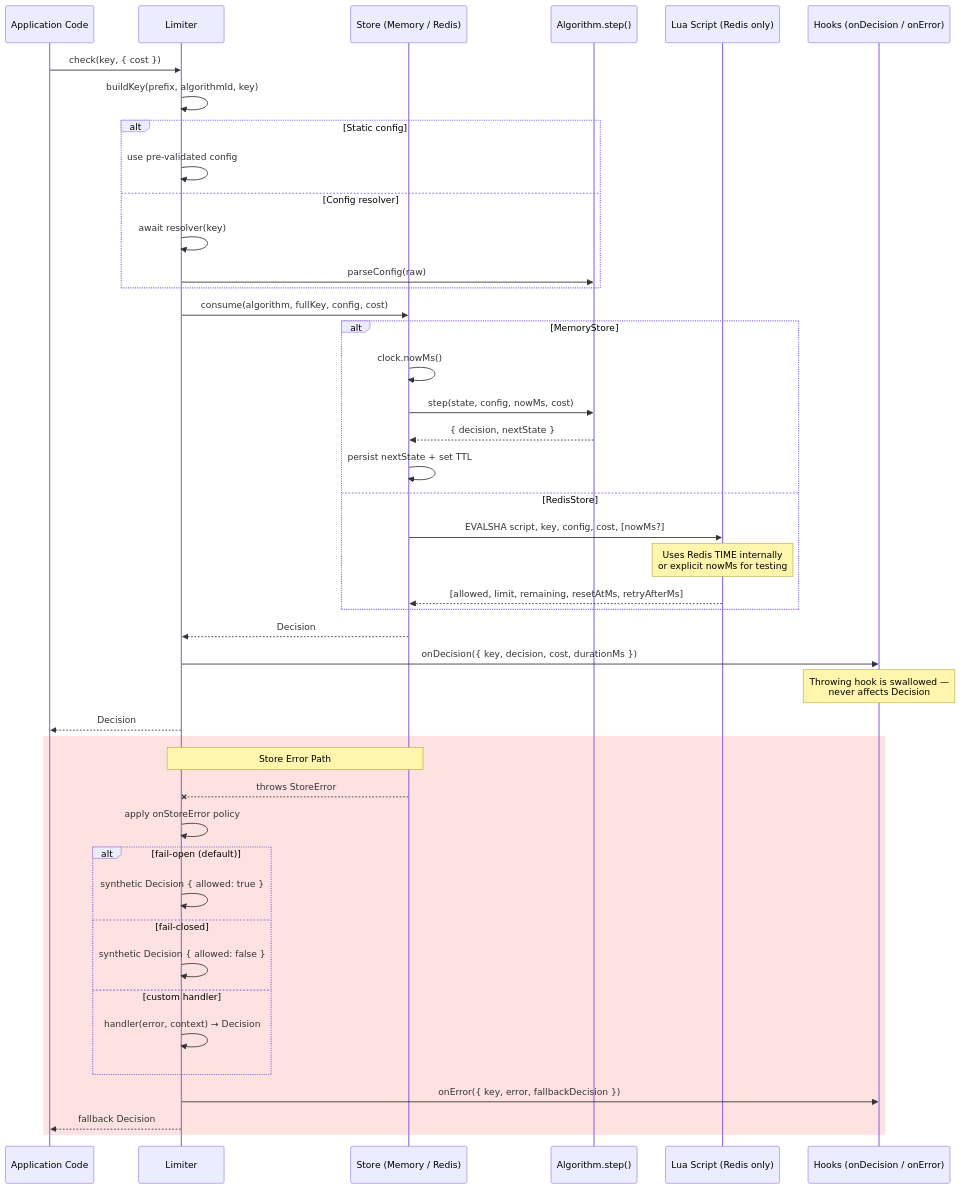
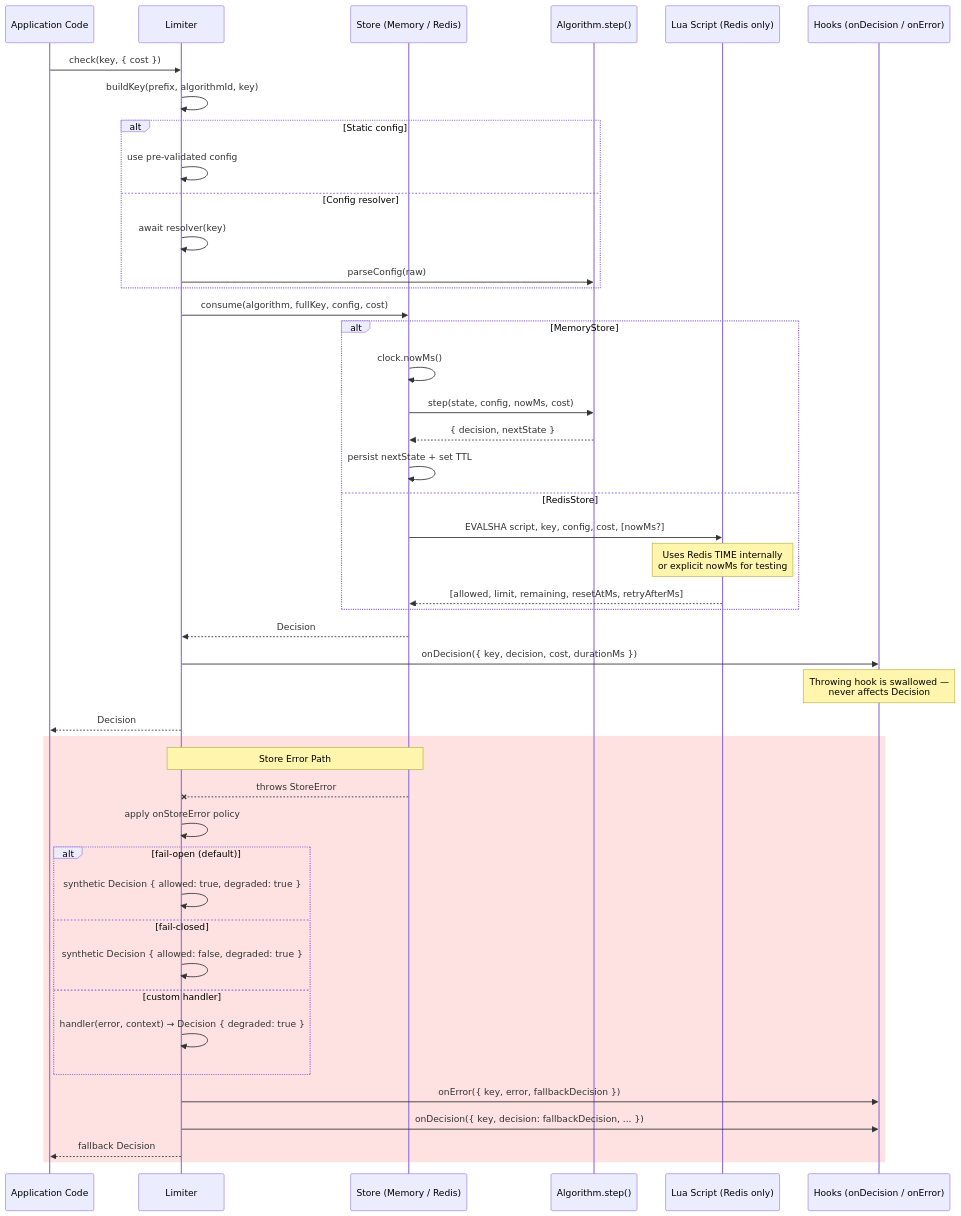
The second of 2 diagrams in docs/architecture.md (zynorex/reqnx), drawn with Mermaid before and after one commit. The commit also changed 3 other files, not shown here.

Commit message:
docs: update architecture, roadmap, CLAUDE.md, and ADR-0002

````diff
--- a/docs/architecture.md
+++ b/docs/architecture.md
@@ -37,54 +37,55 @@
 ```mermaid
 sequenceDiagram
     participant App as Application Code
     participant Lim as Limiter
     participant Store as Store (Memory / Redis)
     participant Algo as Algorithm.step()
     participant Lua as Lua Script (Redis only)
     participant Hook as Hooks (onDecision / onError)
 
     App->>Lim: check(key, { cost })
     Lim->>Lim: buildKey(prefix, algorithmId, key)
 
     alt Static config
         Lim->>Lim: use pre-validated config
     else Config resolver
         Lim->>Lim: await resolver(key)
         Lim->>Algo: parseConfig(raw)
     end
 
     Lim->>Store: consume(algorithm, fullKey, config, cost)
 
     alt MemoryStore
         Store->>Store: clock.nowMs()
         Store->>Algo: step(state, config, nowMs, cost)
         Algo-->>Store: { decision, nextState }
         Store->>Store: persist nextState + set TTL
     else RedisStore
         Store->>Lua: EVALSHA script, key, config, cost, [nowMs?]
         Note over Lua: Uses Redis TIME internally<br/>or explicit nowMs for testing
         Lua-->>Store: [allowed, limit, remaining, resetAtMs, retryAfterMs]
     end
 
     Store-->>Lim: Decision
 
     Lim->>Hook: onDecision({ key, decision, cost, durationMs })
     Note over Hook: Throwing hook is swallowed —<br/>never affects Decision
 
     Lim-->>App: Decision
 
     rect rgb(254, 226, 226)
         Note over Lim,Store: Store Error Path
         Store--xLim: throws StoreError
         Lim->>Lim: apply onStoreError policy
         alt fail-open (default)
-            Lim->>Lim: synthetic Decision { allowed: true }
+            Lim->>Lim: synthetic Decision { allowed: true, degraded: true }
         else fail-closed
-            Lim->>Lim: synthetic Decision { allowed: false }
+            Lim->>Lim: synthetic Decision { allowed: false, degraded: true }
         else custom handler
-            Lim->>Lim: handler(error, context) → Decision
+            Lim->>Lim: handler(error, context) → Decision { degraded: true }
         end
         Lim->>Hook: onError({ key, error, fallbackDecision })
+        Lim->>Hook: onDecision({ key, decision: fallbackDecision, ... })
         Lim-->>App: fallback Decision
     end
 ```
````
